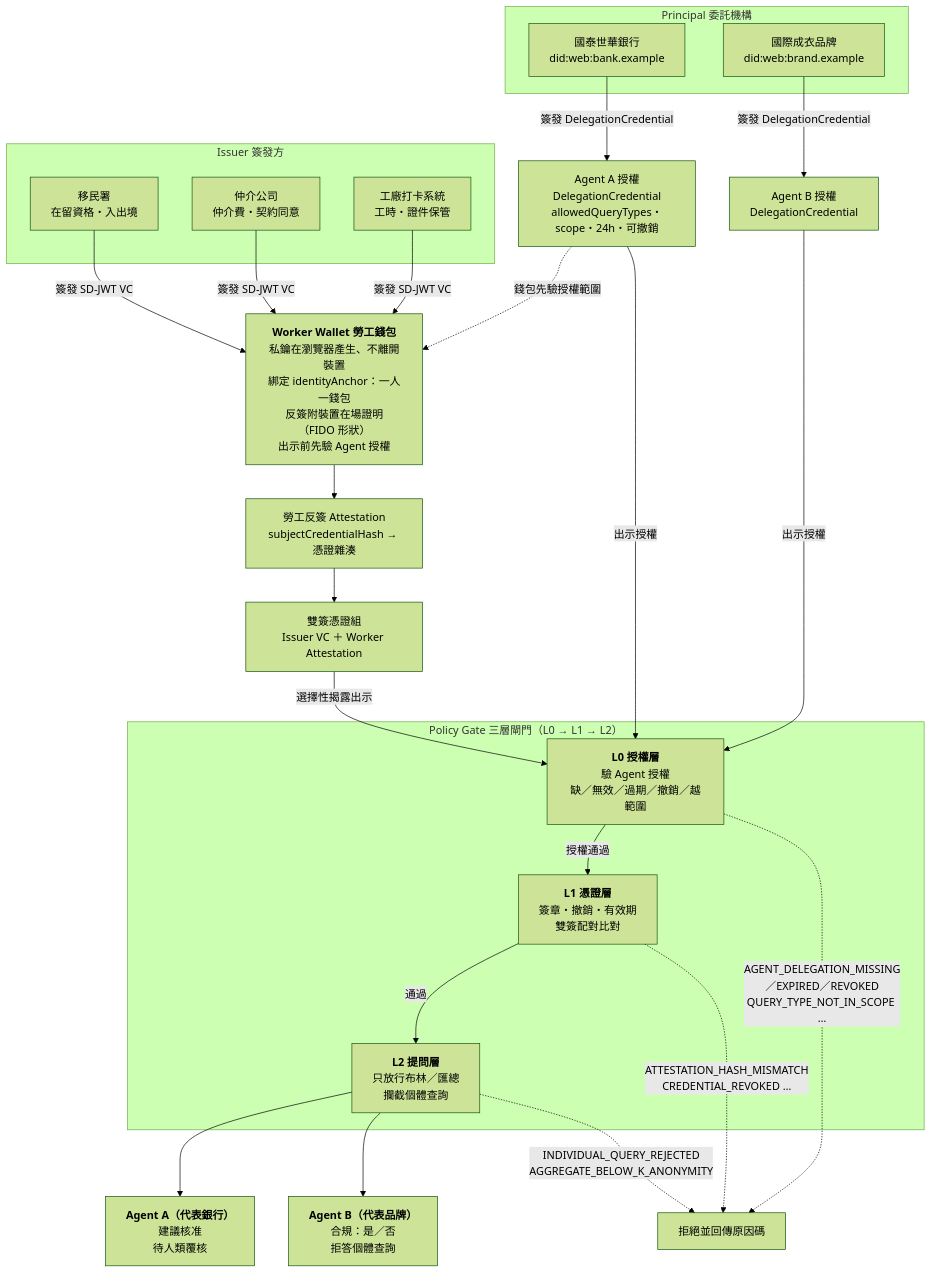
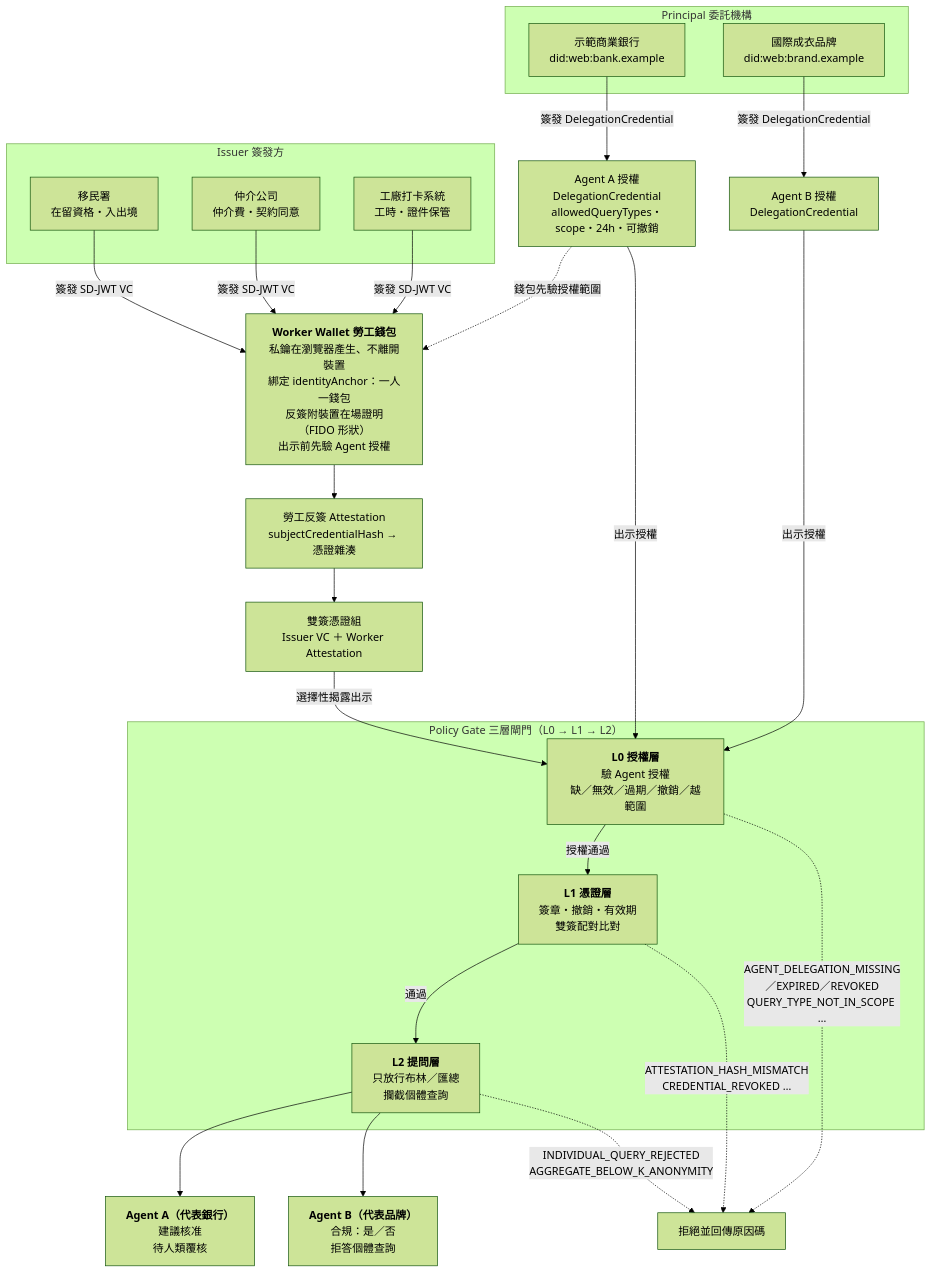
Before and after one commit to zuemen/evidence-at-source: the diagram in README.md, drawn with Mermaid (forest theme). The commit also changed 16 other files, not shown here.

````diff
--- a/README.md
+++ b/README.md
@@ -261,48 +261,48 @@
 ```mermaid
 flowchart TD
     subgraph ISS["Issuer 簽發方"]
         I1["移民署<br/>在留資格・入出境"]
         I2["仲介公司<br/>仲介費・契約同意"]
         I3["工廠打卡系統<br/>工時・證件保管"]
     end
 
     subgraph PRIN["Principal 委託機構"]
-        P1["國泰世華銀行<br/>did:web:bank.example"]
+        P1["示範商業銀行<br/>did:web:bank.example"]
         P2["國際成衣品牌<br/>did:web:brand.example"]
     end
 
     W["<b>Worker Wallet 勞工錢包</b><br/>私鑰在瀏覽器產生、不離開裝置<br/>綁定 identityAnchor：一人一錢包<br/>反簽附裝置在場證明（FIDO 形狀）<br/>出示前先驗 Agent 授權"]
     ATT["勞工反簽 Attestation<br/>subjectCredentialHash → 憑證雜湊"]
     PAIR["雙簽憑證組<br/>Issuer VC ＋ Worker Attestation"]
     DA["Agent A 授權<br/>DelegationCredential<br/>allowedQueryTypes・scope・24h・可撤銷"]
     DB["Agent B 授權<br/>DelegationCredential"]
 
     subgraph GATE["Policy Gate 三層閘門（L0 → L1 → L2）"]
         G0["<b>L0 授權層</b><br/>驗 Agent 授權<br/>缺／無效／過期／撤銷／越範圍"]
         G1["<b>L1 憑證層</b><br/>簽章・撤銷・有效期<br/>雙簽配對比對"]
         G2["<b>L2 提問層</b><br/>只放行布林／匯總<br/>攔截個體查詢"]
     end
 
     A["<b>Agent A（代表銀行）</b><br/>建議核准<br/>待人類覆核"]
     B["<b>Agent B（代表品牌）</b><br/>合規：是／否<br/>拒答個體查詢"]
     X1["拒絕並回傳原因碼"]
 
     I1 -->|簽發 SD-JWT VC| W
     I2 -->|簽發 SD-JWT VC| W
     I3 -->|簽發 SD-JWT VC| W
     P1 -->|簽發 DelegationCredential| DA
     P2 -->|簽發 DelegationCredential| DB
     DA -.->|錢包先驗授權範圍| W
     W --> ATT
     ATT --> PAIR
     DA -->|出示授權| G0
     DB -->|出示授權| G0
     PAIR -->|選擇性揭露出示| G0
     G0 -->|授權通過| G1
     G0 -.->|AGENT_DELEGATION_MISSING／EXPIRED／REVOKED<br/>QUERY_TYPE_NOT_IN_SCOPE …| X1
     G1 -->|通過| G2
     G1 -.->|ATTESTATION_HASH_MISMATCH<br/>CREDENTIAL_REVOKED …| X1
     G2 --> A
     G2 --> B
     G2 -.->|INDIVIDUAL_QUERY_REJECTED<br/>AGGREGATE_BELOW_K_ANONYMITY| X1
 ```
````
